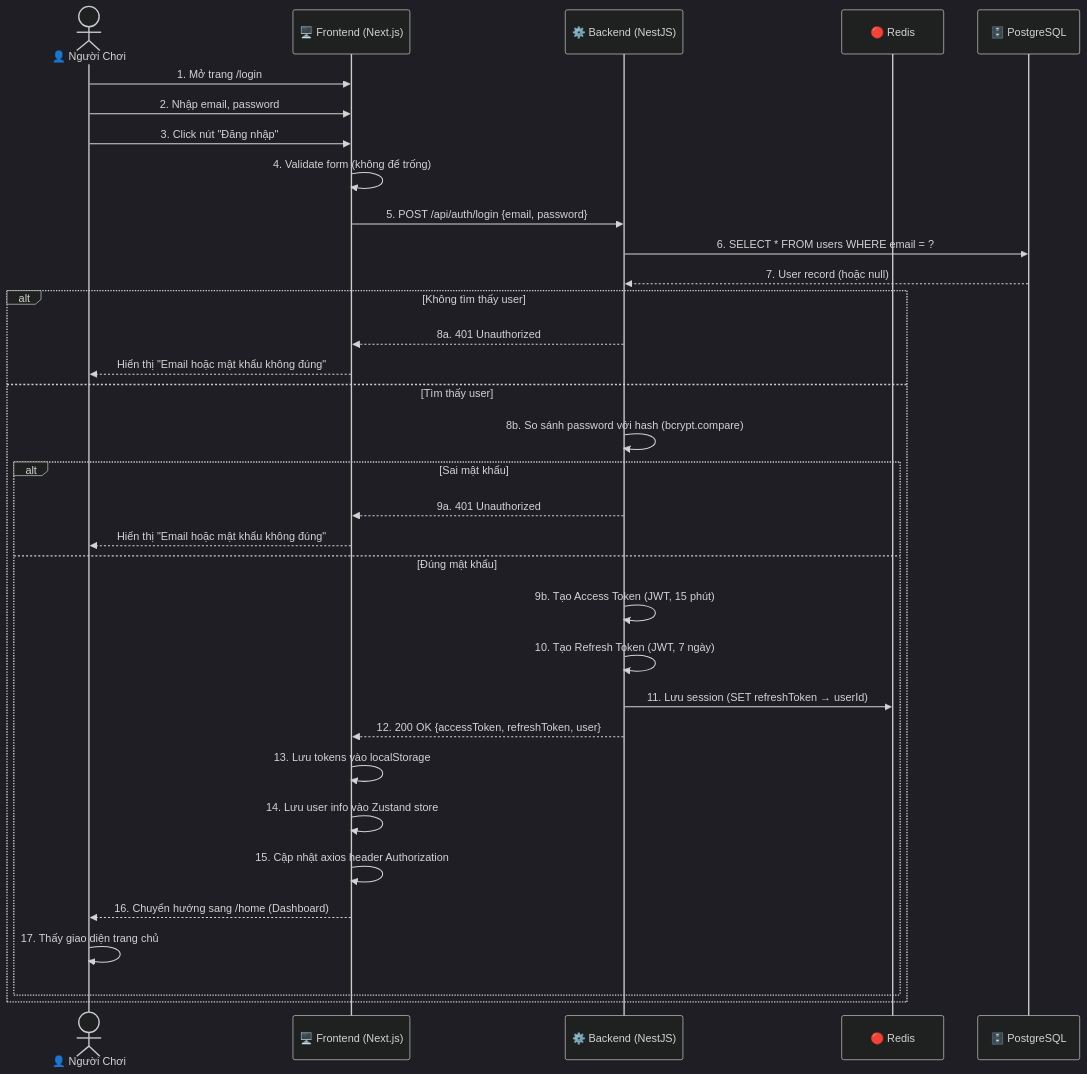
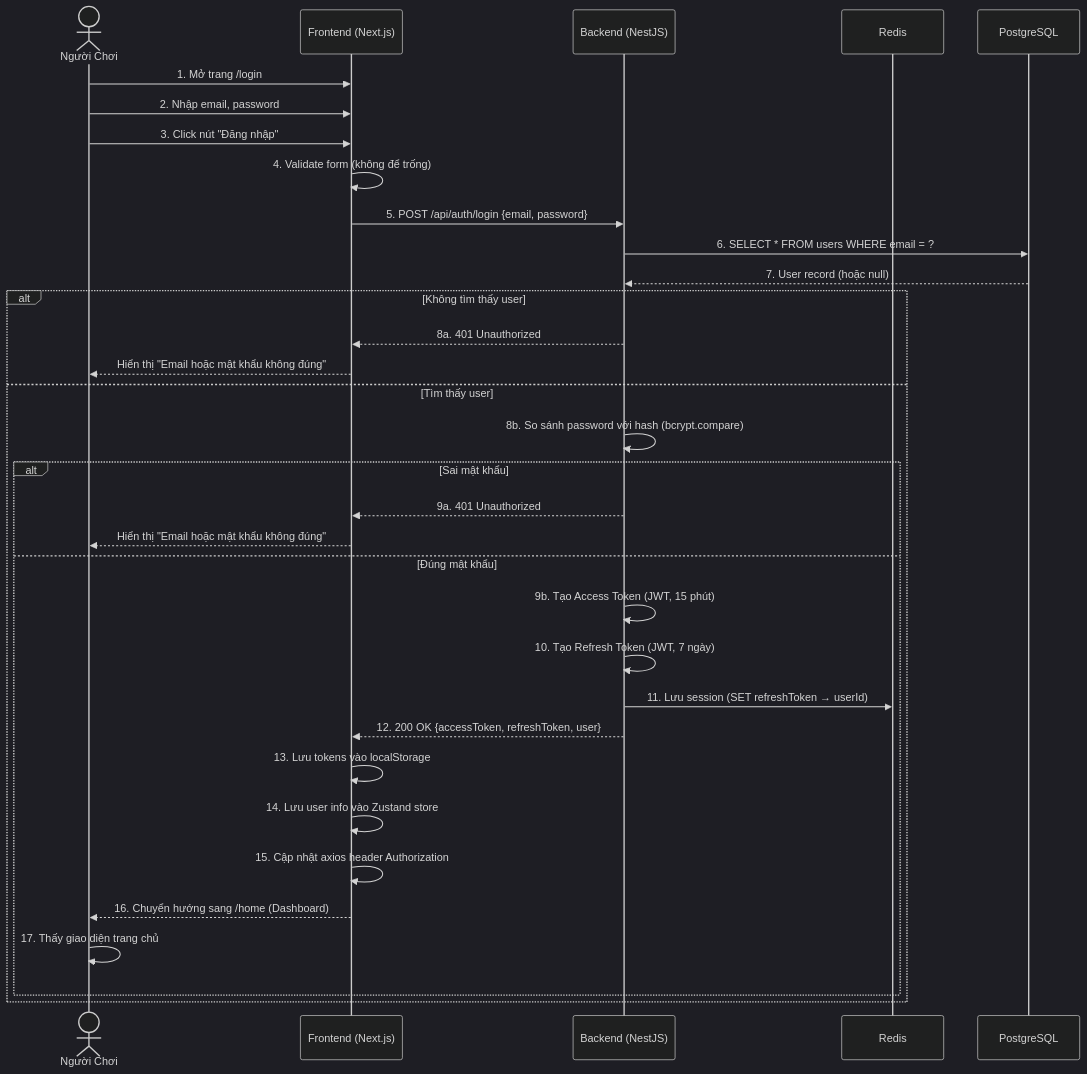
One commit to legiabao0907/web-chess-real-time changed the second of 22 diagrams in docs/sequence-diagrams.md. Above: the diagram before and after it, drawn with Mermaid (dark theme). The commit also changed other lines of this file, not shown here.

````diff
--- a/docs/sequence-diagrams.md
+++ b/docs/sequence-diagrams.md
@@ -82,42 +82,42 @@
 ```mermaid
 sequenceDiagram
-    actor Player as 👤 Người Chơi
-    participant FE as 🖥️ Frontend (Next.js)
-    participant BE as ⚙️ Backend (NestJS)
-    participant Redis as 🔴 Redis
-    participant PG as 🗄️ PostgreSQL
+ actor Player as Người Chơi
+ participant FE as Frontend (Next.js)
+ participant BE as Backend (NestJS)
+ participant Redis as Redis
+ participant PG as PostgreSQL
 
-    Player->>FE: 1. Mở trang /login
-    Player->>FE: 2. Nhập email, password
-    Player->>FE: 3. Click nút "Đăng nhập"
+ Player->>FE: 1. Mở trang /login
+ Player->>FE: 2. Nhập email, password
+ Player->>FE: 3. Click nút "Đăng nhập"
 
-    FE->>FE: 4. Validate form (không để trống)
-    FE->>BE: 5. POST /api/auth/login {email, password}
+ FE->>FE: 4. Validate form (không để trống)
+ FE->>BE: 5. POST /api/auth/login {email, password}
 
-    BE->>PG: 6. SELECT * FROM users WHERE email = ?
-    PG-->>BE: 7. User record (hoặc null)
+ BE->>PG: 6. SELECT * FROM users WHERE email = ?
+ PG-->>BE: 7. User record (hoặc null)
 
-    alt Không tìm thấy user
-        BE-->>FE: 8a. 401 Unauthorized
-        FE-->>Player: Hiển thị "Email hoặc mật khẩu không đúng"
-    else Tìm thấy user
-        BE->>BE: 8b. So sánh password với hash (bcrypt.compare)
+ alt Không tìm thấy user
+ BE-->>FE: 8a. 401 Unauthorized
+ FE-->>Player: Hiển thị "Email hoặc mật khẩu không đúng"
+ else Tìm thấy user
+ BE->>BE: 8b. So sánh password với hash (bcrypt.compare)
 
-        alt Sai mật khẩu
-            BE-->>FE: 9a. 401 Unauthorized
-            FE-->>Player: Hiển thị "Email hoặc mật khẩu không đúng"
-        else Đúng mật khẩu
-            BE->>BE: 9b. Tạo Access Token (JWT, 15 phút)
-            BE->>BE: 10. Tạo Refresh Token (JWT, 7 ngày)
-            BE->>Redis: 11. Lưu session (SET refreshToken → userId)
-            BE-->>FE: 12. 200 OK {accessToken, refreshToken, user}
+ alt Sai mật khẩu
+ BE-->>FE: 9a. 401 Unauthorized
+ FE-->>Player: Hiển thị "Email hoặc mật khẩu không đúng"
+ else Đúng mật khẩu
+ BE->>BE: 9b. Tạo Access Token (JWT, 15 phút)
+ BE->>BE: 10. Tạo Refresh Token (JWT, 7 ngày)
+ BE->>Redis: 11. Lưu session (SET refreshToken → userId)
+ BE-->>FE: 12. 200 OK {accessToken, refreshToken, user}
 
-            FE->>FE: 13. Lưu tokens vào localStorage
-            FE->>FE: 14. Lưu user info vào Zustand store
-            FE->>FE: 15. Cập nhật axios header Authorization
+ FE->>FE: 13. Lưu tokens vào localStorage
+ FE->>FE: 14. Lưu user info vào Zustand store
+ FE->>FE: 15. Cập nhật axios header Authorization
 
-            FE-->>Player: 16. Chuyển hướng sang /home (Dashboard)
-            Player->>Player: 17. Thấy giao diện trang chủ
-        end
-    end
+ FE-->>Player: 16. Chuyển hướng sang /home (Dashboard)
+ Player->>Player: 17. Thấy giao diện trang chủ
+ end
+ end
 ```
````
